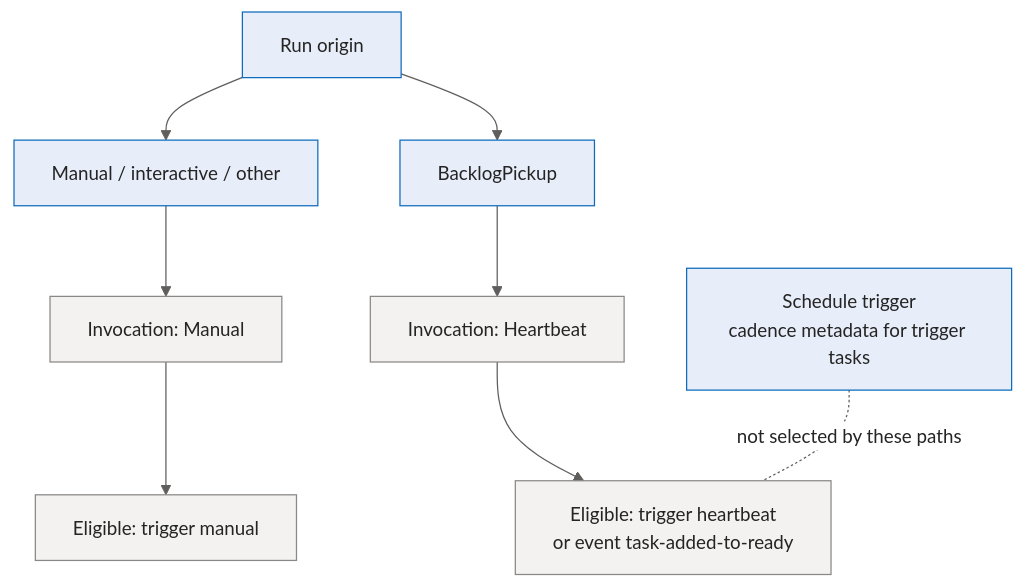
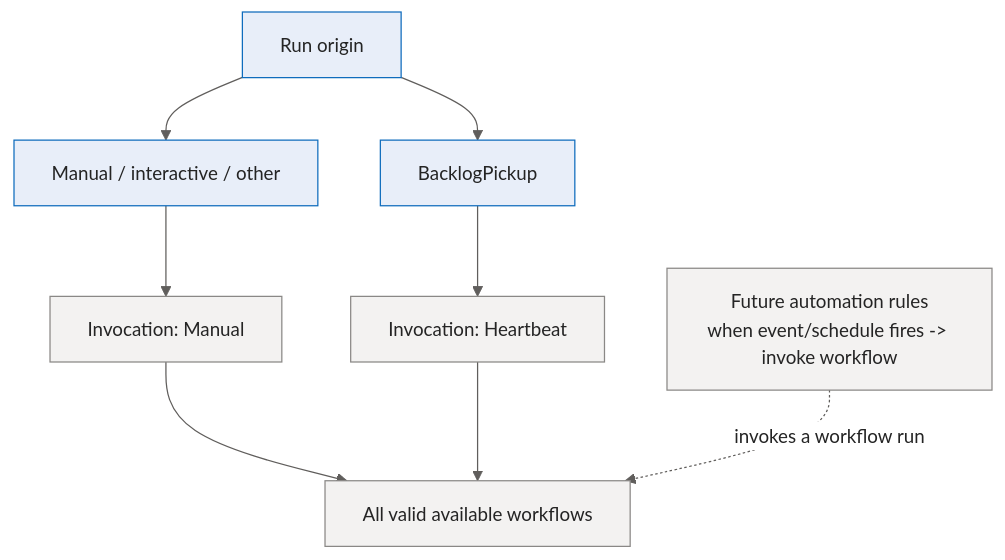
One commit to sabbour/agentweaver changed the sixth of 11 diagrams in docs/deep-dive/workflow-engine.md. Above: the diagram before and after it, drawn with Mermaid. The commit also changed other lines of this file and 3 other files, not shown here.

````diff
--- a/docs/deep-dive/workflow-engine.md
+++ b/docs/deep-dive/workflow-engine.md
@@ -302,27 +293,26 @@
 ```mermaid
 %%{init: {'theme':'base','themeVariables':{'fontFamily':'Segoe UI, system-ui, -apple-system, sans-serif','fontSize':'15px','primaryColor':'#E8EEF9','primaryBorderColor':'#0F6CBD','primaryTextColor':'#242424','lineColor':'#605E5C','clusterBkg':'#FAF9F8','clusterBorder':'#D2D0CE','edgeLabelBackground':'#FFFFFF'}}}%%
 flowchart TD
     RunOrigin[Run origin]
     ManualStart[Manual / interactive / other]
     BacklogPickup[BacklogPickup]
     ManualKind[Invocation: Manual]
     HeartbeatKind[Invocation: Heartbeat]
-    ManualEligible[Eligible: trigger manual]
-    HeartbeatEligible[Eligible: trigger heartbeat<br/>or event task-added-to-ready]
-    ScheduleTrigger[Schedule trigger<br/>cadence metadata for trigger tasks]
+    Candidates[All valid available workflows]
+    Automation[Future automation rules<br/>when event/schedule fires -> invoke workflow]
 
-    RunOrigin --> ManualStart --> ManualKind --> ManualEligible
-    RunOrigin --> BacklogPickup --> HeartbeatKind --> HeartbeatEligible
-    ScheduleTrigger -. not selected by these paths .- HeartbeatEligible
+    RunOrigin --> ManualStart --> ManualKind --> Candidates
+    RunOrigin --> BacklogPickup --> HeartbeatKind --> Candidates
+    Automation -. invokes a workflow run .-> Candidates
 
     classDef client fill:#E8EEF9,stroke:#0F6CBD,stroke-width:1px,color:#242424;
     classDef svc fill:#F3F2F1,stroke:#8A8886,stroke-width:1px,color:#242424;
     classDef core fill:#CFE4FA,stroke:#0F6CBD,stroke-width:2px,color:#242424;
     classDef data fill:#FFF4CE,stroke:#C19C00,stroke-width:1px,color:#242424;
     classDef ext fill:#F0E8F8,stroke:#8764B8,stroke-width:1px,color:#242424;
     classDef runtime fill:#DDF3DD,stroke:#107C10,stroke-width:1px,color:#242424;
     classDef evt fill:#D6F0F0,stroke:#038387,stroke-width:1px,color:#242424;
 
     class RunOrigin,ManualStart,BacklogPickup client;
-    class ManualKind,HeartbeatKind,ManualEligible,HeartbeatEligible svc;
+    class ManualKind,HeartbeatKind,Candidates,Automation svc;
 ```
````
